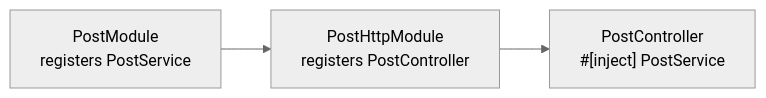
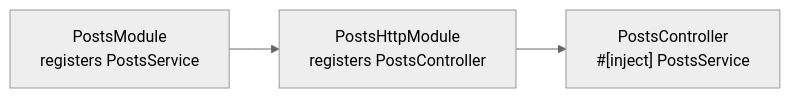
The first of 3 diagrams in docs/src/content/docs/fundamentals/providers.mdx (YV17labs/NestRS), drawn with Mermaid (neutral theme) before and after one commit. The commit also changed other lines of this file and 27 other files, not shown here.

````diff
--- a/docs/src/content/docs/fundamentals/providers.mdx
+++ b/docs/src/content/docs/fundamentals/providers.mdx
@@ -16,5 +16,5 @@
 ```mermaid
 flowchart LR
-  A["PostModule<br/>registers PostService"] --> B["PostHttpModule<br/>registers PostController"]
-  B --> C["PostController<br/>#[inject] PostService"]
+  A["PostsModule<br/>registers PostsService"] --> B["PostsHttpModule<br/>registers PostsController"]
+  B --> C["PostsController<br/>#[inject] PostsService"]
 ```
````
